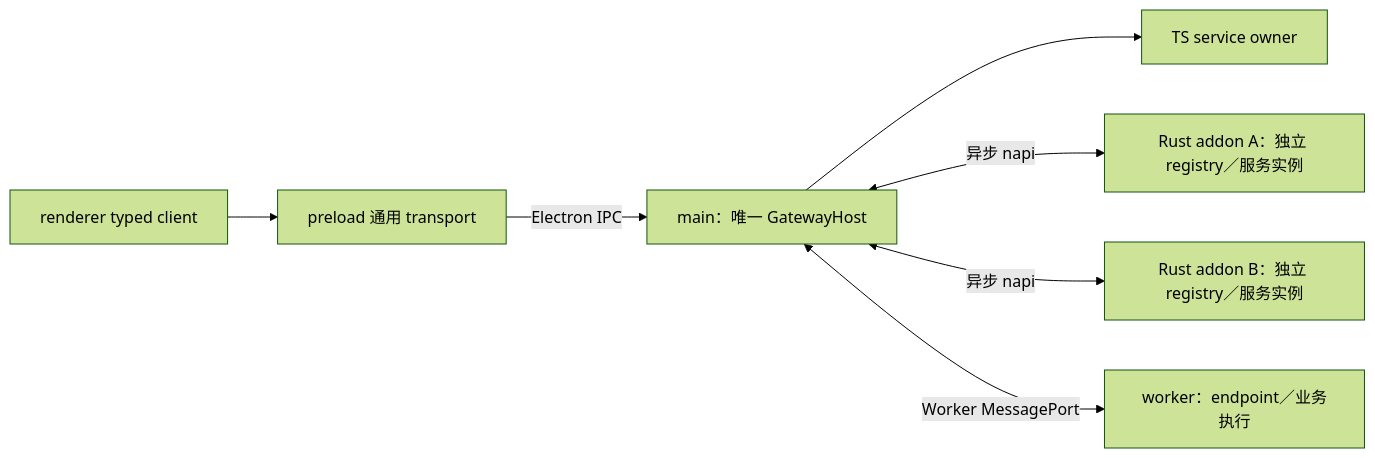
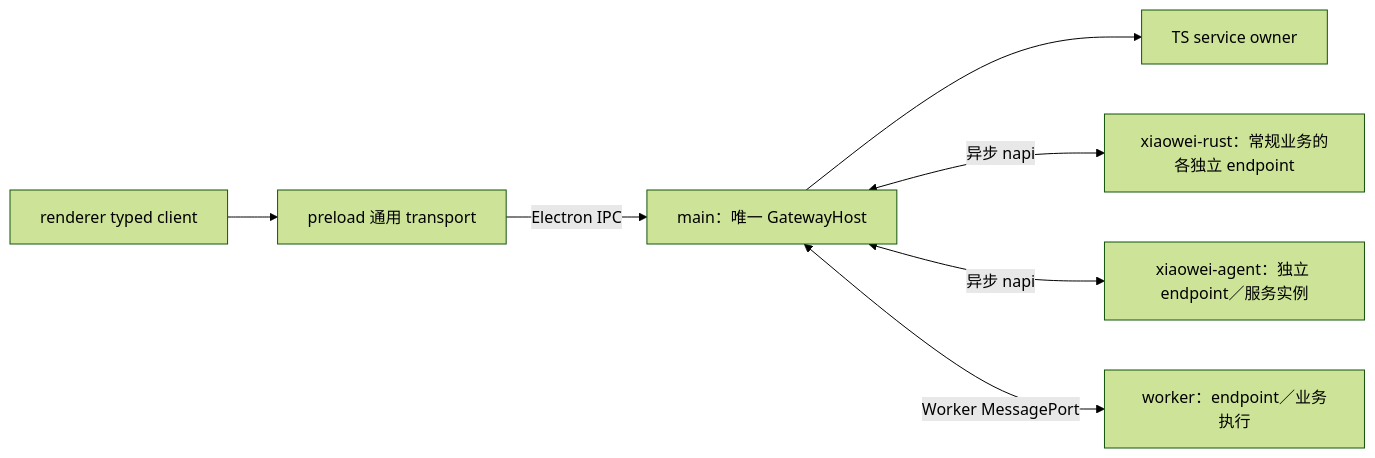
The first of 3 diagrams in docs/gateway.md (tctony-labs/xiaowei), drawn with Mermaid (forest theme) before and after one commit. The commit also changed other lines of this file and 127 other files, not shown here.

````diff
--- a/docs/gateway.md
+++ b/docs/gateway.md
@@ -7,9 +7,9 @@
 ```mermaid
 flowchart LR
     Renderer["renderer typed client"] --> Preload["preload 通用 transport"]
     Preload -->|"Electron IPC"| Host["main：唯一 GatewayHost"]
     Host --> TS["TS service owner"]
-    Host <-->|"异步 napi"| RustA["Rust addon A：独立 registry／服务实例"]
-    Host <-->|"异步 napi"| RustB["Rust addon B：独立 registry／服务实例"]
+    Host <-->|"异步 napi"| RustA["xiaowei-rust：常规业务的各独立 endpoint"]
+    Host <-->|"异步 napi"| RustB["xiaowei-agent：独立 endpoint／服务实例"]
     Host <-->|"Worker MessagePort"| Worker["worker：endpoint／业务执行"]
 ```
````
